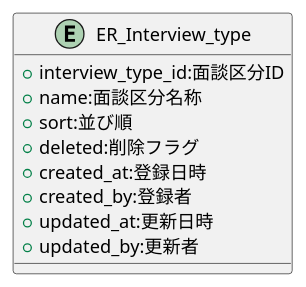
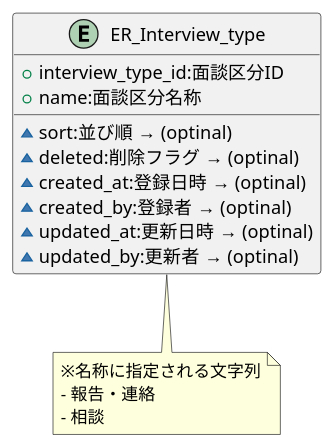
Before and after one commit to popoposorara/ERP_ER: the diagram in Entity/ER_Interview_type.pu, drawn with PlantUML. The commit also changed 12 other files, not shown here.

```diff
--- a/Entity/ER_Interview_type.pu
+++ b/Entity/ER_Interview_type.pu
@@ -1,14 +1,19 @@
 @startuml
 
 entity "ER_Interview_type"{
     + interview_type_id:面談区分ID
     + name:面談区分名称
-    + sort:並び順
-    + deleted:削除フラグ
-    + created_at:登録日時
-    + created_by:登録者
-    + updated_at:更新日時
-    + updated_by:更新者
+    ~ sort:並び順  → (optinal)
+    ~ deleted:削除フラグ  → (optinal)
+    ~ created_at:登録日時  → (optinal)
+    ~ created_by:登録者  → (optinal)
+    ~ updated_at:更新日時  → (optinal)
+    ~ updated_by:更新者  → (optinal)
 }
 
+note bottom
+※名称に指定される文字列
+- 報告・連絡
+- 相談
+end note
 @enduml
```
